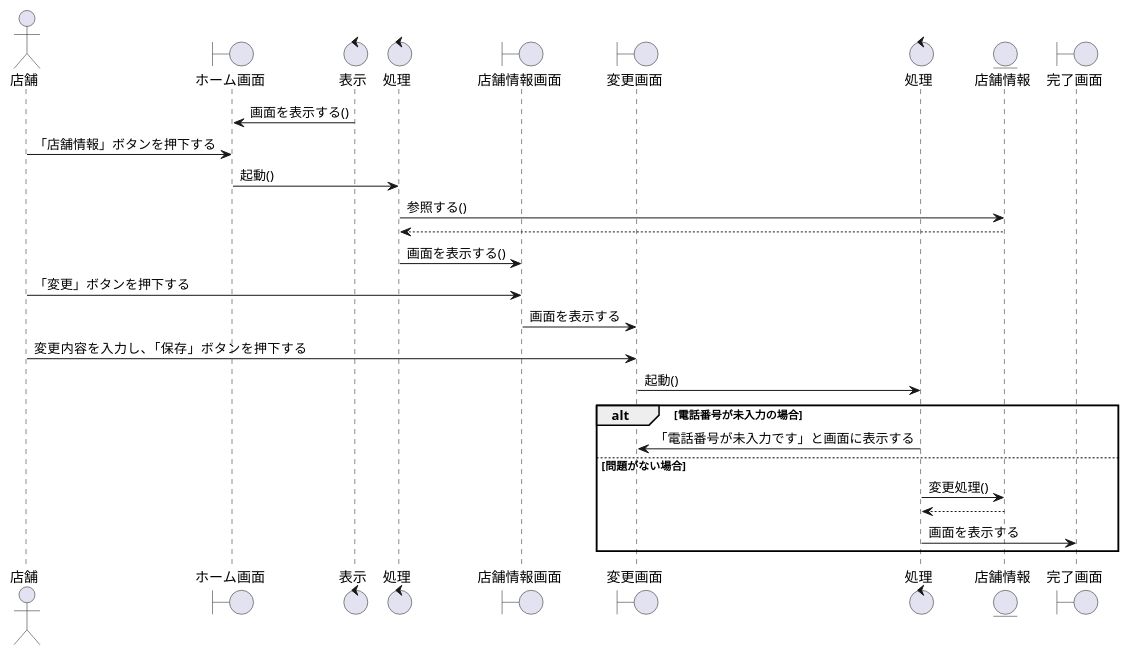
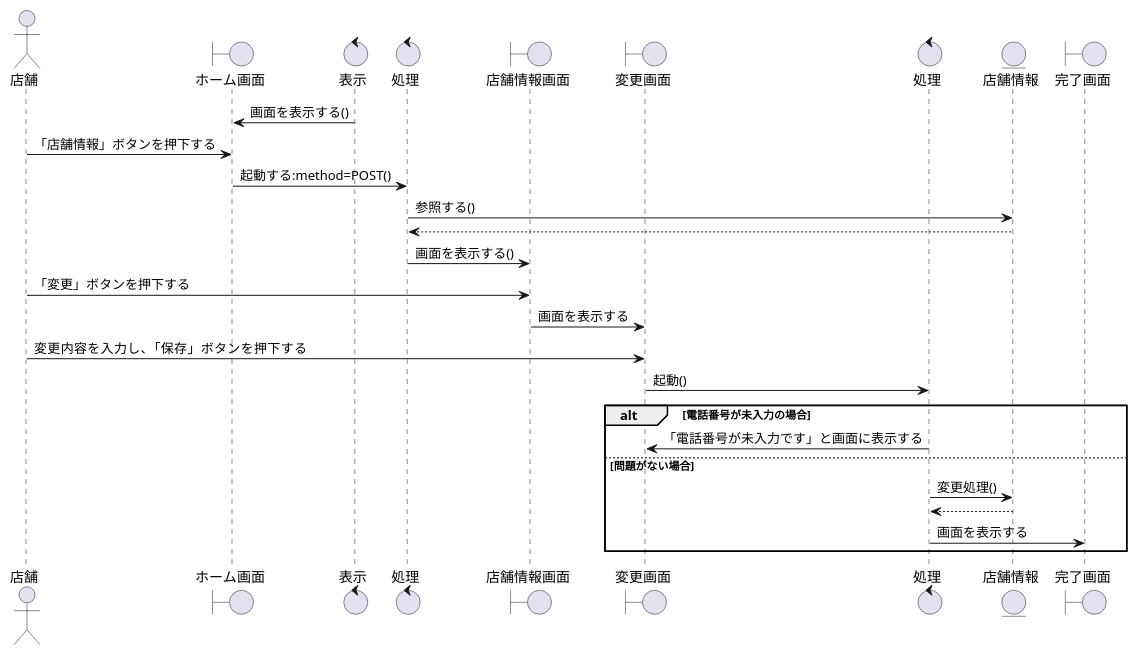
One commit to irukacb256/high_Me changed the diagram in sequence_fig/8_storeside_fn/11_店舗の情報を設定する.pu. Above: the diagram before and after it, drawn with PlantUML. The commit also changed 11 other files, not shown here.

```diff
--- a/sequence_fig/8_storeside_fn/11_店舗の情報を設定する.pu
+++ b/sequence_fig/8_storeside_fn/11_店舗の情報を設定する.pu
@@ -1,31 +1,34 @@
 @startuml 店舗の情報を設定する
 
 actor 店舗 as cp1
 boundary ホーム画面 as b1
 control 表示 as co1
 control 処理 as co2
 boundary 店舗情報画面 as b2
 boundary 変更画面 as b3
 control 処理 as co3
-entity 店舗情報 as e1
+entity 店舗情報 as en1
 boundary 完了画面 as b4
 
 b1 <- co1 :画面を表示する()
 cp1 -> b1 :「店舗情報」ボタンを押下する
-b1 -> co2 :起動()
-co2 -> e1 :参照する()
-co2 <-- e1
+b1 -> co2 :起動する:method=POST()
+co2 -> en1 :参照する()
+co2 <-- en1
 co2 -> b2 :画面を表示する()
 cp1 -> b2 :「変更」ボタンを押下する
 b2 -> b3 :画面を表示する
 cp1 -> b3 :変更内容を入力し、「保存」ボタンを押下する
 b3 -> co3 :起動()
-    alt 電話番号が未入力の場合
-    b3 <- co3 :「電話番号が未入力です」と画面に表示する
-    else 問題がない場合
-    co3 -> e1 :変更処理()
-    co3 <-- e1
-    co3 -> b4 :画面を表示する
-    end
+
+alt 電話番号が未入力の場合
+b3 <- co3 :「電話番号が未入力です」と画面に表示する
+
+else 問題がない場合
+co3 -> en1 :変更処理()
+co3 <-- en1
+co3 -> b4 :画面を表示する
+
+end
 
 @enduml
```
